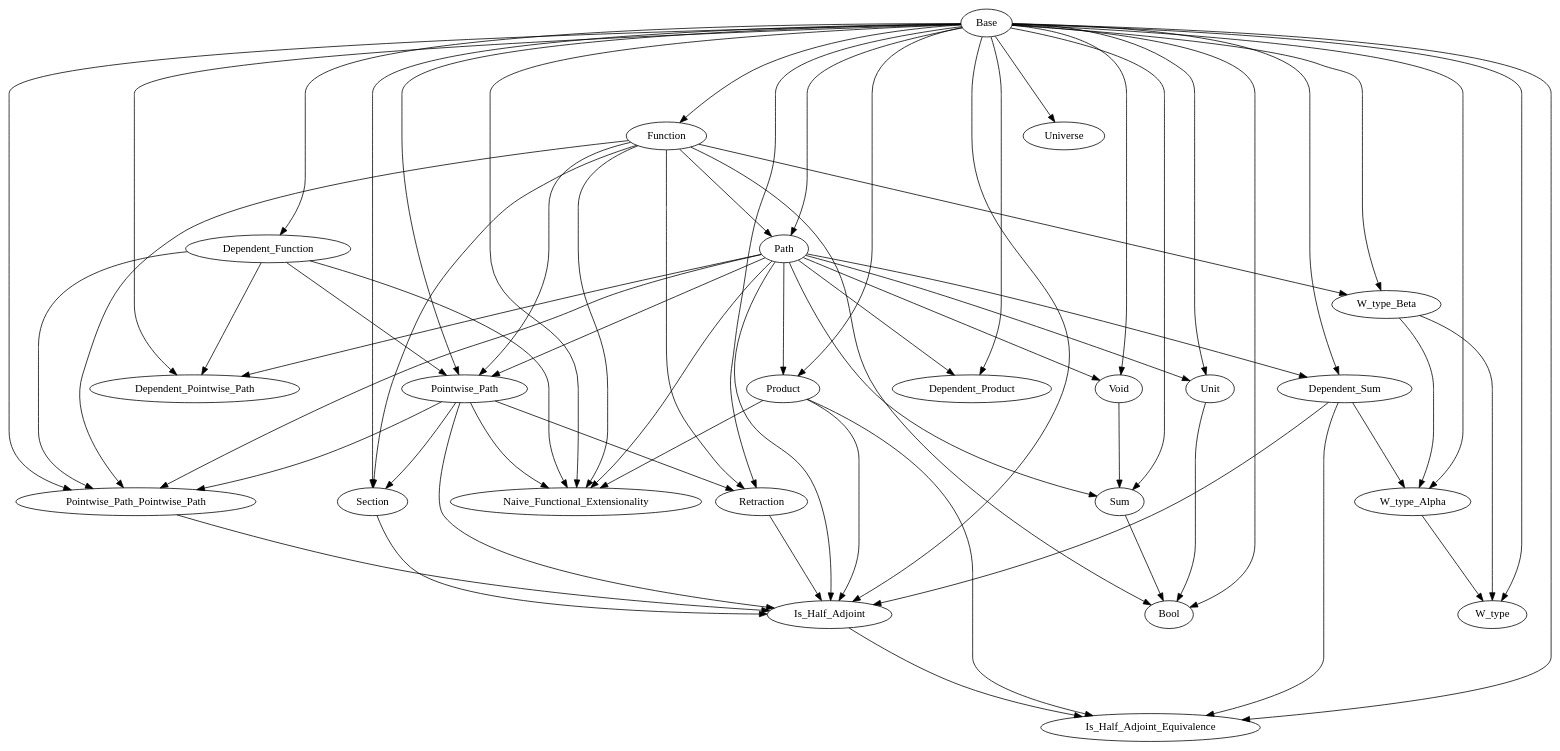
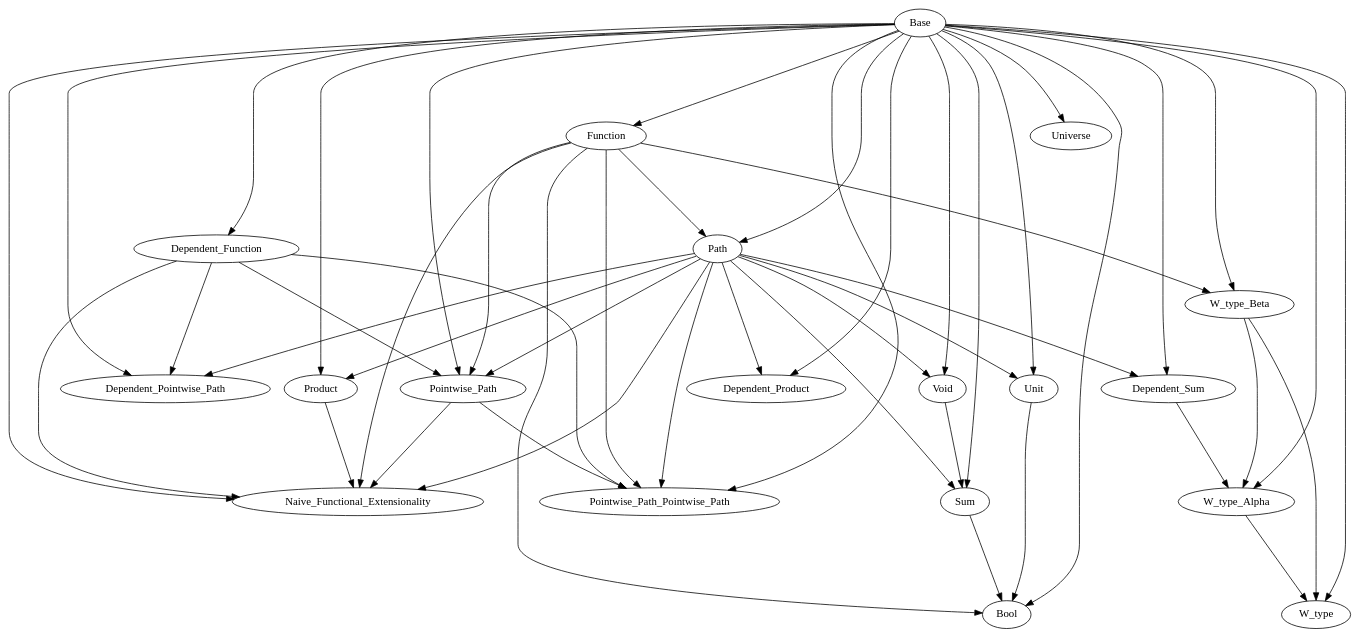
One commit to Hexirp/googology-in-coq changed the diagram in libraries/dependencies.gv. Above: the diagram before and after it, drawn with Graphviz. The commit also changed 4 other files, not shown here.

```diff
--- a/libraries/dependencies.gv
+++ b/libraries/dependencies.gv
@@ -1,115 +1,89 @@
 digraph Dependencies {
   edge [ minlen = 3 ];
 
   # Base
 
   # Dependent_Function
   "Base" -> "Dependent_Function";
 
   # Function
   "Base" -> "Function";
 
   # Path
   "Base" -> "Path";
   "Function" -> "Path";
 
   # Void
   "Base" -> "Void";
   "Path" -> "Void";
 
   # Unit
   "Base" -> "Unit";
   "Path" -> "Unit";
 
   # Sum
   "Base" -> "Sum";
   "Path" -> "Sum";
   "Void" -> "Sum";
 
   # Product
   "Base" -> "Product";
   "Path" -> "Product";
 
   # Dependent_Sum
   "Base" -> "Dependent_Sum";
   "Path" -> "Dependent_Sum";
 
   # Dependent_Product
   "Base" -> "Dependent_Product";
   "Path" -> "Dependent_Product";
 
   # W_type_Beta
   "Base" -> "W_type_Beta";
   "Function" -> "W_type_Beta";
 
   # W_type_Alpha
   "Base" -> "W_type_Alpha";
   "Dependent_Sum" -> "W_type_Alpha";
   "W_type_Beta" -> "W_type_Alpha";
 
   # W_type
   "Base" -> "W_type";
   "W_type_Alpha" -> "W_type";
   "W_type_Beta" -> "W_type";
 
   # Universe
   "Base" -> "Universe";
 
   # Dependent_Pointwise_Path
   "Base" -> "Dependent_Pointwise_Path";
   "Dependent_Function" -> "Dependent_Pointwise_Path";
   "Path" -> "Dependent_Pointwise_Path";
 
   # Pointwise_Path
   "Base" -> "Pointwise_Path";
   "Dependent_Function" -> "Pointwise_Path";
   "Function" -> "Pointwise_Path";
   "Path" -> "Pointwise_Path";
 
   # Pointwise_Path_Pointwise_Path
   "Base" -> "Pointwise_Path_Pointwise_Path";
   "Dependent_Function" -> "Pointwise_Path_Pointwise_Path";
   "Function" -> "Pointwise_Path_Pointwise_Path";
   "Path" -> "Pointwise_Path_Pointwise_Path";
   "Pointwise_Path" -> "Pointwise_Path_Pointwise_Path";
 
-  # Section
-  "Base" -> "Section";
-  "Function" -> "Section";
-  "Pointwise_Path" -> "Section";
-
-  # Retraction
-  "Base" -> "Retraction";
-  "Function" -> "Retraction";
-  "Pointwise_Path" -> "Retraction";
-
-  # Is_Half_Adjoint
-  "Base" -> "Is_Half_Adjoint";
-  "Dependent_Sum" -> "Is_Half_Adjoint";
-  "Product" -> "Is_Half_Adjoint";
-  "Path" -> "Is_Half_Adjoint";
-  "Pointwise_Path" -> "Is_Half_Adjoint";
-  "Pointwise_Path_Pointwise_Path" -> "Is_Half_Adjoint";
-  "Section" -> "Is_Half_Adjoint";
-  "Retraction" -> "Is_Half_Adjoint";
-
-  # Is_Half_Adjoint_Equivalence
-  "Base" -> "Is_Half_Adjoint_Equivalence";
-  "Dependent_Sum" -> "Is_Half_Adjoint_Equivalence";
-  "Product" -> "Is_Half_Adjoint_Equivalence";
-  "Is_Half_Adjoint" -> "Is_Half_Adjoint_Equivalence";
-
   # Naive_Functional_Extensionality
   "Base" -> "Naive_Functional_Extensionality";
   "Dependent_Function" -> "Naive_Functional_Extensionality";
   "Function" -> "Naive_Functional_Extensionality";
   "Product" -> "Naive_Functional_Extensionality";
   "Path" -> "Naive_Functional_Extensionality";
   "Pointwise_Path" -> "Naive_Functional_Extensionality";
 
   # Bool
   "Base" -> "Bool";
   "Function" -> "Bool";
   "Sum" -> "Bool";
   "Unit" -> "Bool";
 }
```
